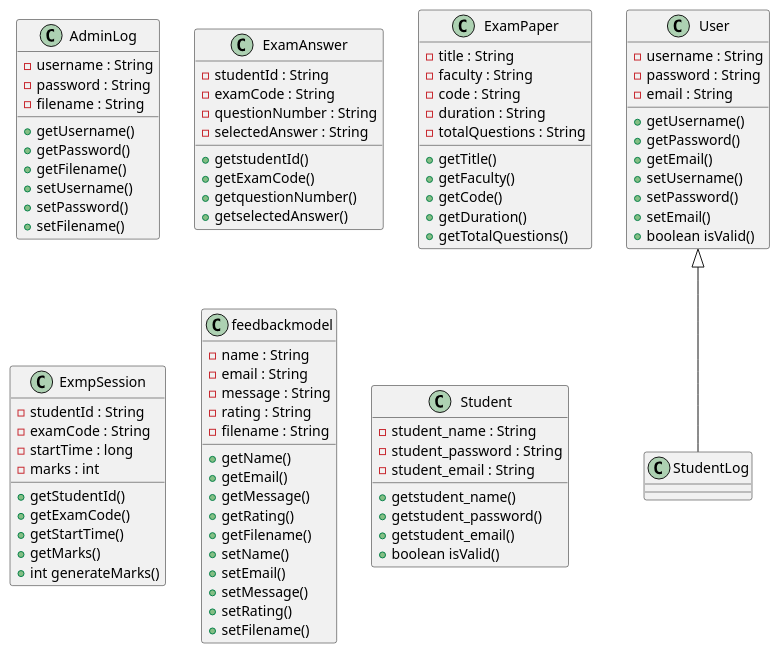
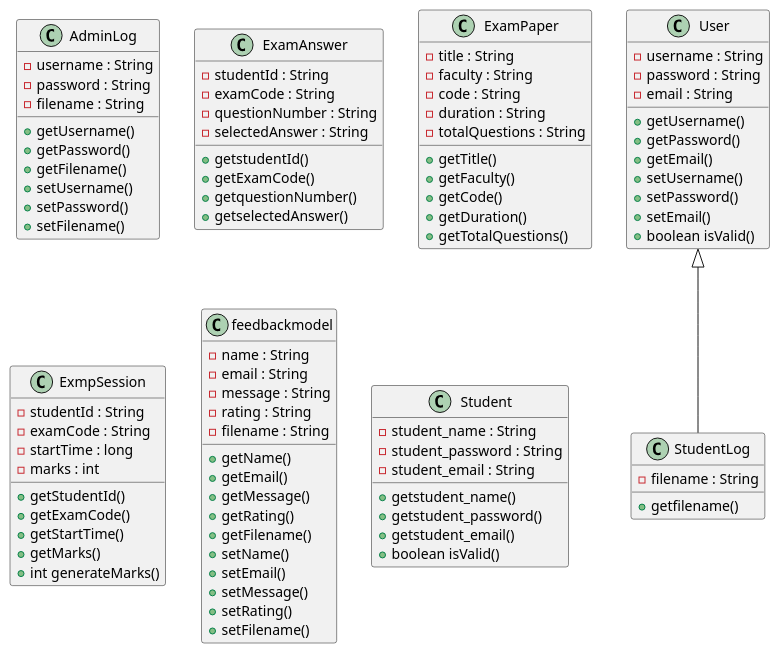
The diagram in src/main/java/com/jsp/exam/Class Diagram1.puml (Pasindu-Vihanga/online-examination-result-management), drawn with PlantUML before and after one commit. The commit also changed 3 other files, not shown here.

Commit message:
Class diagram created

```diff
--- a/src/main/java/com/jsp/exam/Class Diagram1.puml
+++ b/src/main/java/com/jsp/exam/Class Diagram1.puml
@@ -1,97 +1,99 @@
 @startuml
 
 ' Model Classes
 class AdminLog {
   - username : String
   - password : String
   - filename : String
   + getUsername()
   + getPassword()
   + getFilename()
   + setUsername()
   + setPassword()
   + setFilename()
 }
 
 class ExamAnswer {
   - studentId : String
   - examCode : String
   - questionNumber : String
   - selectedAnswer : String
   + getstudentId()
   + getExamCode()
   + getquestionNumber()
   + getselectedAnswer()
 }
 
 class StudentLog {
+  - filename : String
+  + getfilename()
 }
 
 class ExamPaper {
   - title : String
   - faculty : String
   - code : String
   - duration : String
   - totalQuestions : String
   + getTitle()
   + getFaculty()
   + getCode()
   + getDuration()
   + getTotalQuestions()
 }
 class ExmpSession {
   - studentId : String
   - examCode : String
   - startTime : long
   - marks : int
   + getStudentId()
   + getExamCode()
   + getStartTime()
   + getMarks()
   + int generateMarks()
 }
 class feedbackmodel {
   - name : String
   - email : String
   - message : String
   - rating : String
   - filename : String
   + getName()
   + getEmail()
   + getMessage()
   + getRating()
   + getFilename()
   + setName()
   + setEmail()
   + setMessage()
   + setRating()
   + setFilename()
 }
 class Student {
   - student_name : String
   - student_password : String
   - student_email : String
   + getstudent_name()
   + getstudent_password()
   + getstudent_email()
 ' Method
   + boolean isValid()
 }
 
 class User {
   - username : String
   - password : String
   - email : String
   + getUsername()
   + getPassword()
   + getEmail()
   + setUsername()
   + setPassword()
   + setEmail()
 ' Method
   + boolean isValid()
 }
 
 User <|-- StudentLog
 
 @enduml
```
